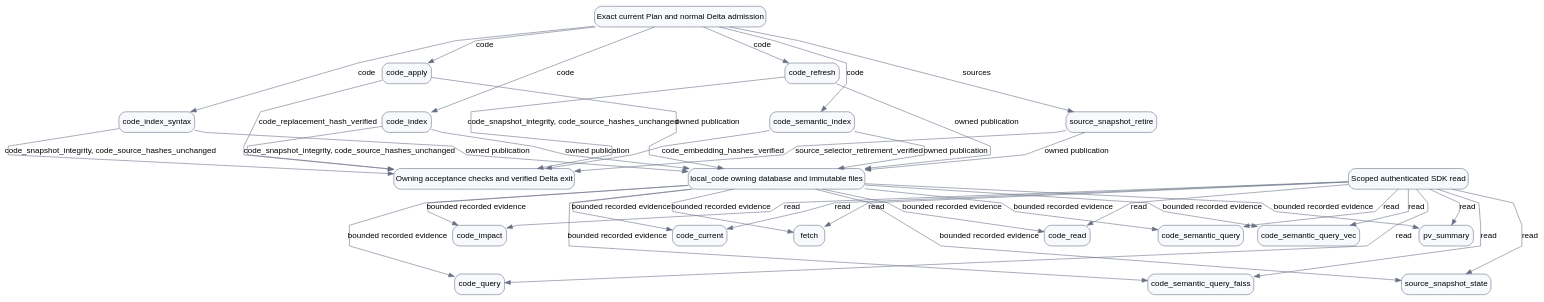
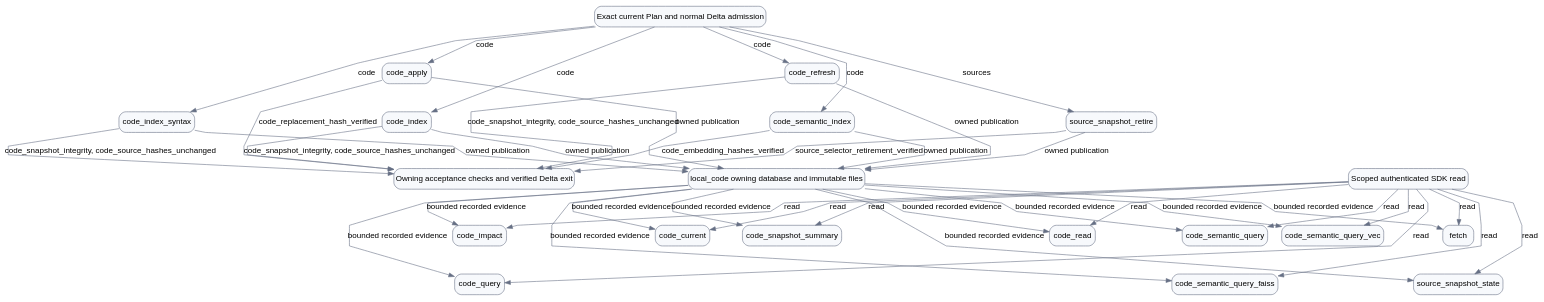
The diagram in plugins/evidence-lane-plugin/authorities/project_sectors/local_code/workflow.dot (rathee000001/evidence_lane_plugin), drawn with Graphviz before and after one commit. The commit also changed 2566 other files, not shown here.

```diff
--- a/plugins/evidence-lane-plugin/authorities/project_sectors/local_code/workflow.dot
+++ b/plugins/evidence-lane-plugin/authorities/project_sectors/local_code/workflow.dot
@@ -1,70 +1,70 @@
 digraph workflow_local_code {
   // EVIDENCE_LANE_GRAPH_ENGINE=PYTHON_GRAPHVIZ
   // PYTHON_GRAPHVIZ_VERSION=0.21
   bgcolor=white compound=true fontname=Arial newrank=true nodesep=0.35 rankdir=TB ranksep=0.65 splines=polyline
   node [color="#667085" fontname=Arial shape=box style="rounded,filled"]
   edge [color="#667085" fontname=Arial]
   lane [label="local_code owning database and immutable files" color="#667085" fillcolor="#f7f9fc" shape=box style="rounded,filled"]
   delta [label="Exact current Plan and normal Delta admission" color="#667085" fillcolor="#f7f9fc" shape=box style="rounded,filled"]
   verify [label="Owning acceptance checks and verified Delta exit" color="#667085" fillcolor="#f7f9fc" shape=box style="rounded,filled"]
   read [label="Scoped authenticated SDK read" color="#667085" fillcolor="#f7f9fc" shape=box style="rounded,filled"]
   action_code_apply [label=code_apply color="#667085" fillcolor="#f7f9fc" shape=box style="rounded,filled"]
   action_code_current [label=code_current color="#667085" fillcolor="#f7f9fc" shape=box style="rounded,filled"]
   action_code_impact [label=code_impact color="#667085" fillcolor="#f7f9fc" shape=box style="rounded,filled"]
   action_code_index [label=code_index color="#667085" fillcolor="#f7f9fc" shape=box style="rounded,filled"]
   action_code_index_syntax [label=code_index_syntax color="#667085" fillcolor="#f7f9fc" shape=box style="rounded,filled"]
   action_code_query [label=code_query color="#667085" fillcolor="#f7f9fc" shape=box style="rounded,filled"]
   action_code_read [label=code_read color="#667085" fillcolor="#f7f9fc" shape=box style="rounded,filled"]
   action_code_refresh [label=code_refresh color="#667085" fillcolor="#f7f9fc" shape=box style="rounded,filled"]
   action_code_semantic_index [label=code_semantic_index color="#667085" fillcolor="#f7f9fc" shape=box style="rounded,filled"]
   action_code_semantic_query [label=code_semantic_query color="#667085" fillcolor="#f7f9fc" shape=box style="rounded,filled"]
   action_code_semantic_query_faiss [label=code_semantic_query_faiss color="#667085" fillcolor="#f7f9fc" shape=box style="rounded,filled"]
   action_code_semantic_query_vec [label=code_semantic_query_vec color="#667085" fillcolor="#f7f9fc" shape=box style="rounded,filled"]
+  action_code_snapshot_summary [label=code_snapshot_summary color="#667085" fillcolor="#f7f9fc" shape=box style="rounded,filled"]
   action_fetch [label=fetch color="#667085" fillcolor="#f7f9fc" shape=box style="rounded,filled"]
-  action_pv_summary [label=pv_summary color="#667085" fillcolor="#f7f9fc" shape=box style="rounded,filled"]
   action_source_snapshot_retire [label=source_snapshot_retire color="#667085" fillcolor="#f7f9fc" shape=box style="rounded,filled"]
   action_source_snapshot_state [label=source_snapshot_state color="#667085" fillcolor="#f7f9fc" shape=box style="rounded,filled"]
   delta -> action_code_apply [label=code]
   action_code_apply -> lane [label="owned publication"]
   action_code_apply -> verify [label=code_replacement_hash_verified]
   read -> action_code_current [label=read]
   lane -> action_code_current [label="bounded recorded evidence"]
   read -> action_code_impact [label=read]
   lane -> action_code_impact [label="bounded recorded evidence"]
   delta -> action_code_index [label=code]
   action_code_index -> lane [label="owned publication"]
   action_code_index -> verify [label="code_snapshot_integrity, code_source_hashes_unchanged"]
   delta -> action_code_index_syntax [label=code]
   action_code_index_syntax -> lane [label="owned publication"]
   action_code_index_syntax -> verify [label="code_snapshot_integrity, code_source_hashes_unchanged"]
   read -> action_code_query [label=read]
   lane -> action_code_query [label="bounded recorded evidence"]
   read -> action_code_read [label=read]
   lane -> action_code_read [label="bounded recorded evidence"]
   delta -> action_code_refresh [label=code]
   action_code_refresh -> lane [label="owned publication"]
   action_code_refresh -> verify [label="code_snapshot_integrity, code_source_hashes_unchanged"]
   delta -> action_code_semantic_index [label=code]
   action_code_semantic_index -> lane [label="owned publication"]
   action_code_semantic_index -> verify [label=code_embedding_hashes_verified]
   read -> action_code_semantic_query [label=read]
   lane -> action_code_semantic_query [label="bounded recorded evidence"]
   read -> action_code_semantic_query_faiss [label=read]
   lane -> action_code_semantic_query_faiss [label="bounded recorded evidence"]
   read -> action_code_semantic_query_vec [label=read]
   lane -> action_code_semantic_query_vec [label="bounded recorded evidence"]
+  read -> action_code_snapshot_summary [label=read]
+  lane -> action_code_snapshot_summary [label="bounded recorded evidence"]
   read -> action_fetch [label=read]
   lane -> action_fetch [label="bounded recorded evidence"]
-  read -> action_pv_summary [label=read]
-  lane -> action_pv_summary [label="bounded recorded evidence"]
   delta -> action_source_snapshot_retire [label=sources]
   action_source_snapshot_retire -> lane [label="owned publication"]
   action_source_snapshot_retire -> verify [label=source_selector_retirement_verified]
   read -> action_source_snapshot_state [label=read]
   lane -> action_source_snapshot_state [label="bounded recorded evidence"]
   action_code_apply -> action_code_index [constraint=true style=invis weight=100]
   action_code_refresh -> action_code_semantic_index [constraint=true style=invis weight=100]
   action_code_impact -> action_code_query [constraint=true style=invis weight=100]
   action_code_semantic_query -> action_code_semantic_query_faiss [constraint=true style=invis weight=100]
-  action_pv_summary -> action_source_snapshot_state [constraint=true style=invis weight=100]
+  action_fetch -> action_source_snapshot_state [constraint=true style=invis weight=100]
 }
```
